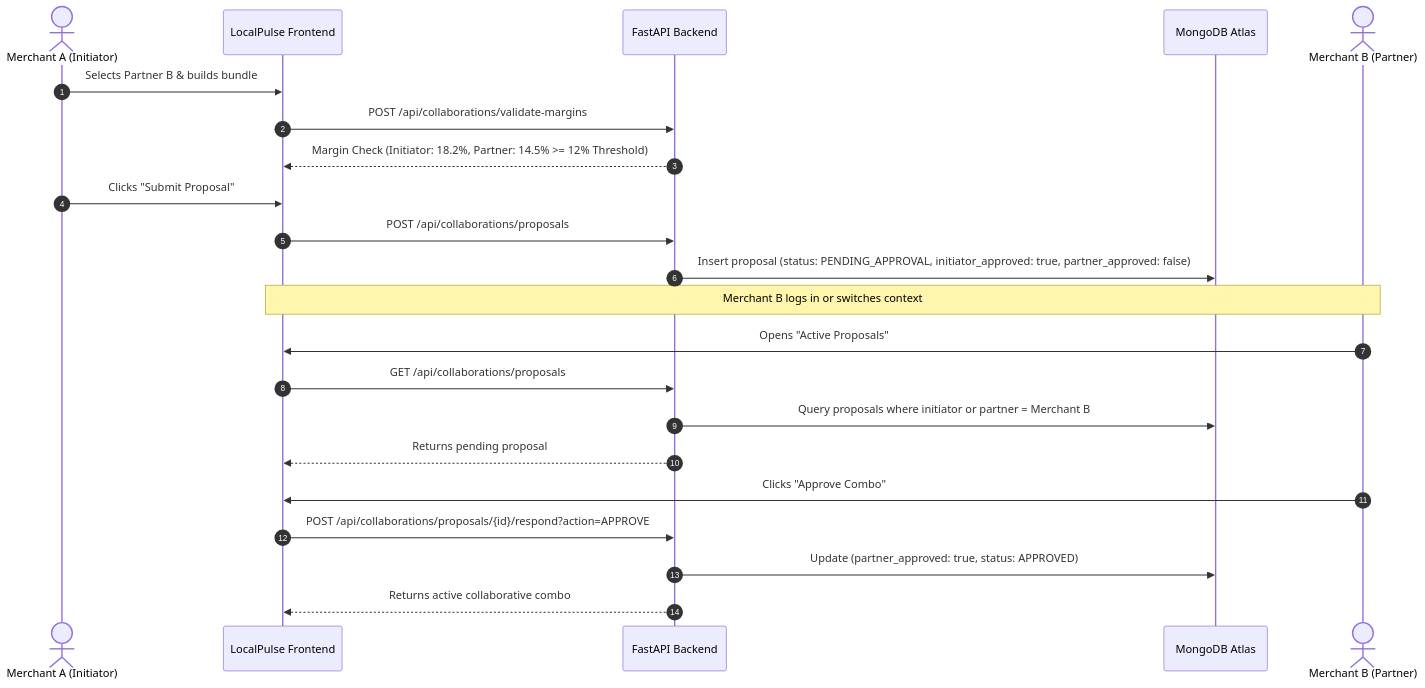
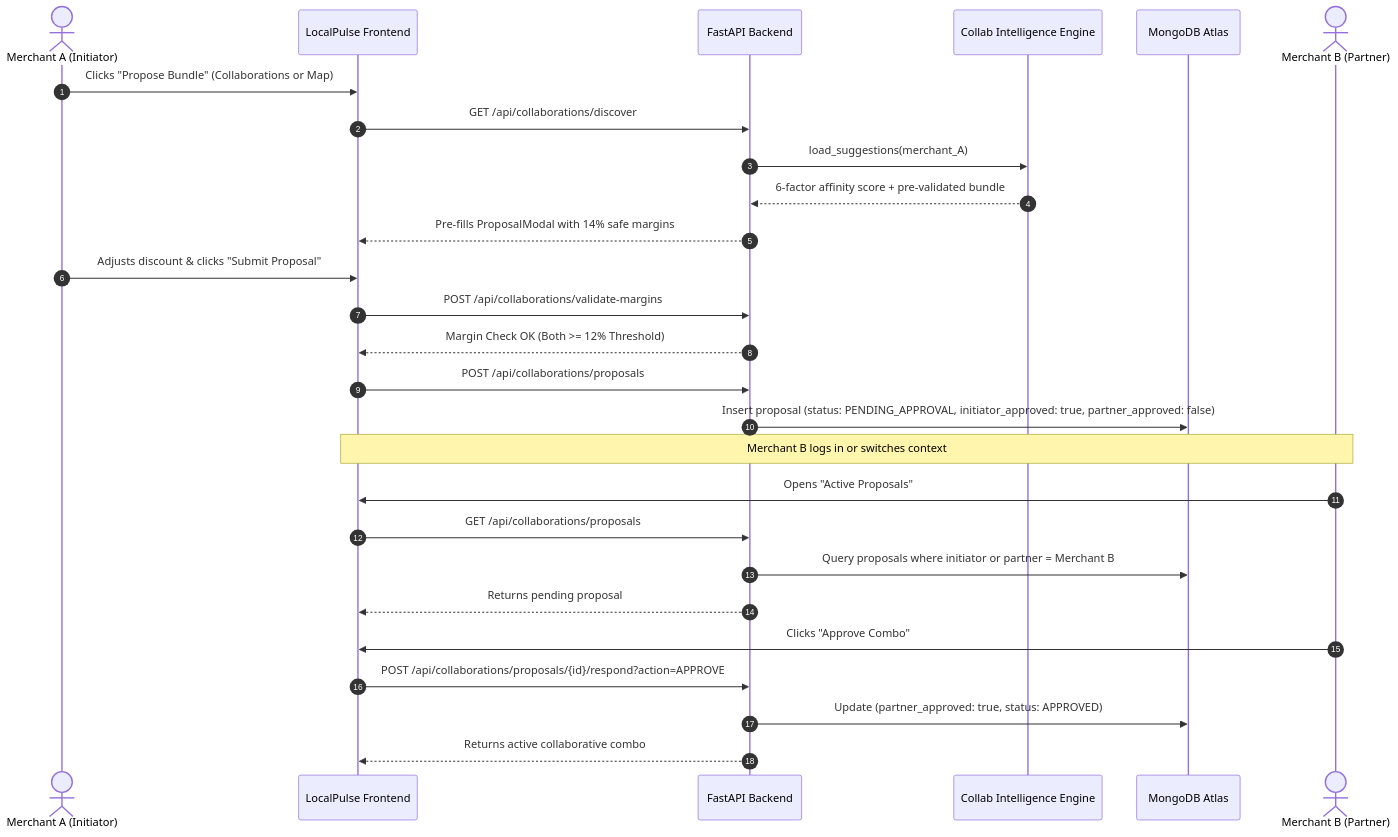
The second of 4 diagrams in README.md (SriCharan9876/LocalPulse), drawn with Mermaid before and after one commit. The commit also changed other lines of this file, not shown here.

````diff
--- a/README.md
+++ b/README.md
@@ -157,25 +217,30 @@
 ```mermaid
 sequenceDiagram
     autonumber
     actor A as Merchant A (Initiator)
     participant UI as LocalPulse Frontend
     participant API as FastAPI Backend
+    participant INTEL as Collab Intelligence Engine
     participant DB as MongoDB Atlas
     actor B as Merchant B (Partner)
 
-    A->>UI: Selects Partner B & builds bundle
+    A->>UI: Clicks "Propose Bundle" (Collaborations or Map)
+    UI->>API: GET /api/collaborations/discover
+    API->>INTEL: load_suggestions(merchant_A)
+    INTEL-->>API: 6-factor affinity score + pre-validated bundle
+    API-->>UI: Pre-fills ProposalModal with 14% safe margins
+    A->>UI: Adjusts discount & clicks "Submit Proposal"
     UI->>API: POST /api/collaborations/validate-margins
-    API-->>UI: Margin Check (Initiator: 18.2%, Partner: 14.5% >= 12% Threshold)
-    A->>UI: Clicks "Submit Proposal"
+    API-->>UI: Margin Check OK (Both >= 12% Threshold)
     UI->>API: POST /api/collaborations/proposals
     API->>DB: Insert proposal (status: PENDING_APPROVAL, initiator_approved: true, partner_approved: false)
     Note over B,UI: Merchant B logs in or switches context
     B->>UI: Opens "Active Proposals"
     UI->>API: GET /api/collaborations/proposals
     API->>DB: Query proposals where initiator or partner = Merchant B
     API-->>UI: Returns pending proposal
     B->>UI: Clicks "Approve Combo"
     UI->>API: POST /api/collaborations/proposals/{id}/respond?action=APPROVE
     API->>DB: Update (partner_approved: true, status: APPROVED)
     API-->>UI: Returns active collaborative combo
 ```
````
